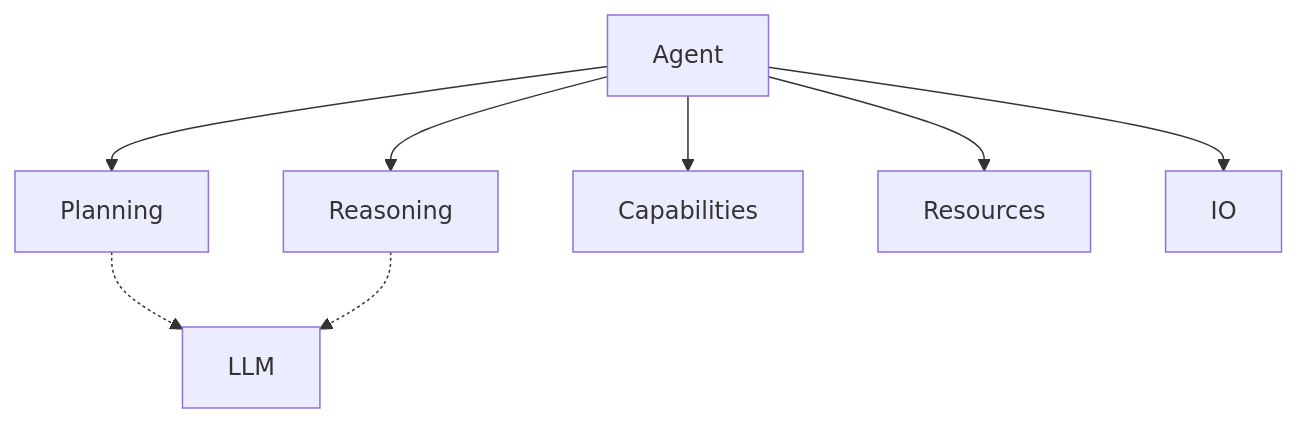
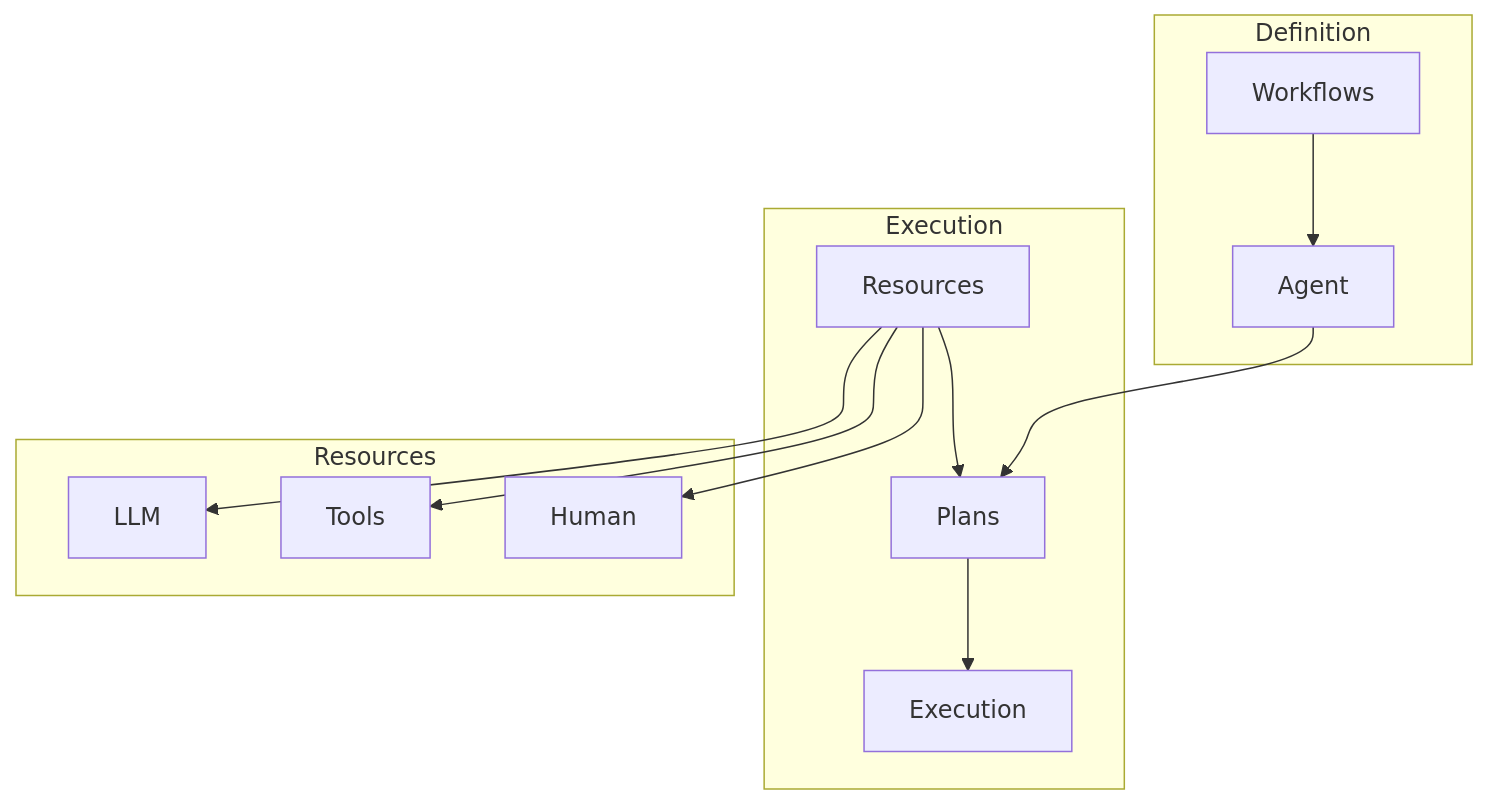
Before and after one commit to aitomatic/dana: the diagram in dxa/README.md, drawn with Mermaid. The commit also changed other lines of this file and 38 other files, not shown here.

````diff
--- a/dxa/README.md
+++ b/dxa/README.md
@@ -57,11 +61,18 @@
 ```mermaid
 graph TB
-    A[Agent] --> B[Planning]
-    A --> C[Reasoning]
-    A --> D[Capabilities]
-    A --> E[Resources]
-    A --> F[IO]
+    subgraph "Definition"
+        W[Workflows] --> A[Agent]
+    end
     
-    B -.-> G[LLM]
-    C -.-> G
+    subgraph "Execution"
+        A --> P[Plans]
+        R[Resources] --> P
+        P --> E[Execution]
+    end
+    
+    subgraph "Resources"
+        R --> L[LLM]
+        R --> T[Tools]
+        R --> H[Human]
+    end
 ```
````
